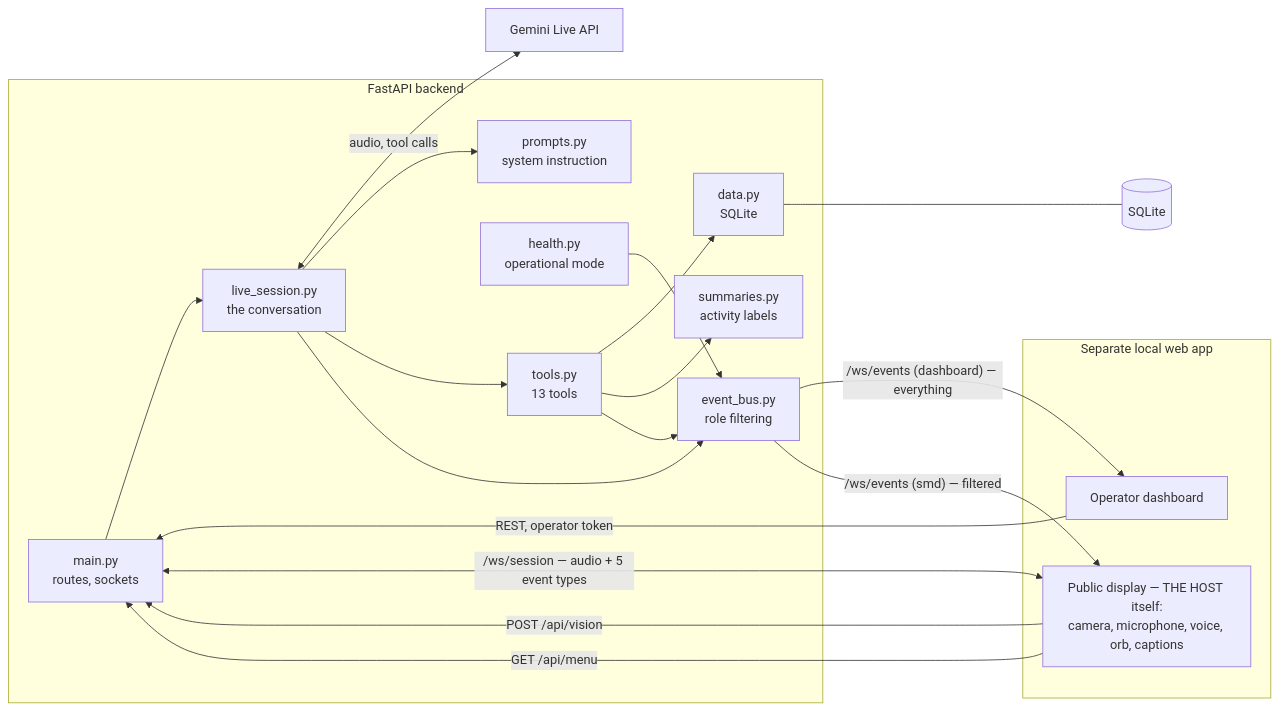
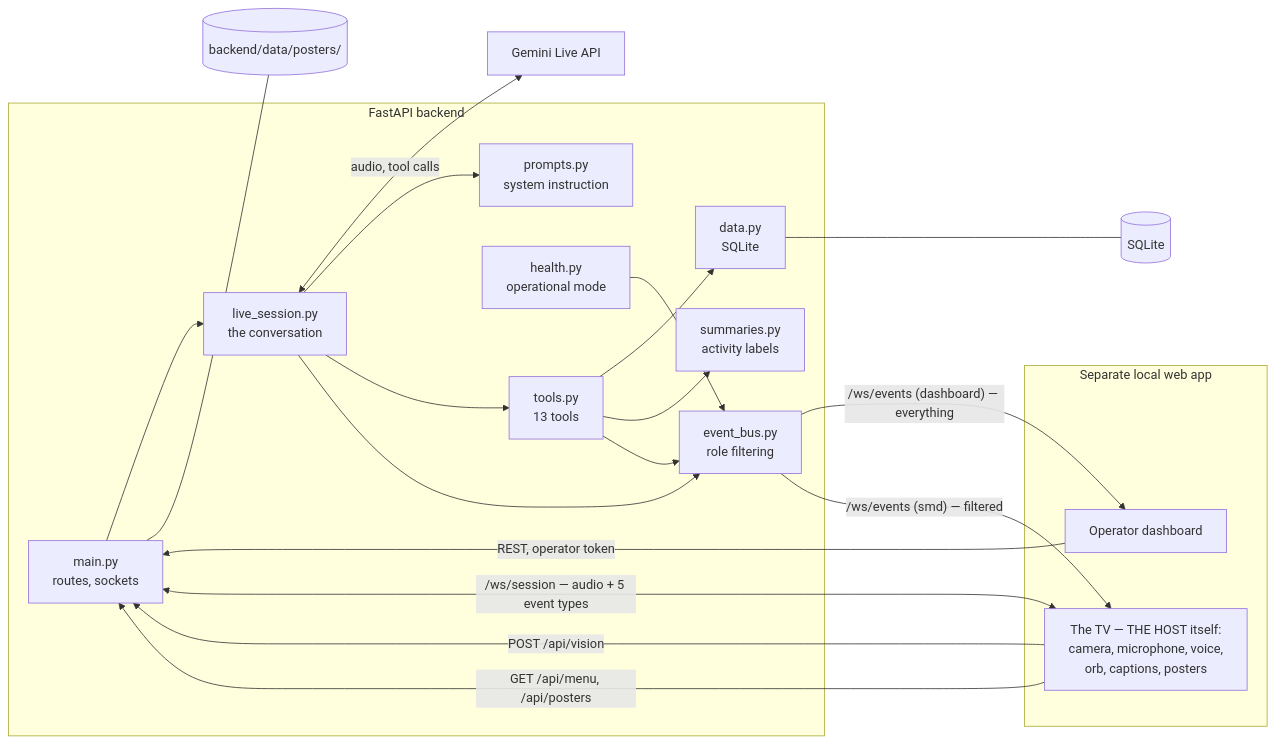
Before and after one commit to Rehman-ayoub333/The_Host: the diagram in README.md, drawn with Mermaid. The commit also changed other lines of this file and 3 other files, not shown here.

````diff
--- a/README.md
+++ b/README.md
@@ -49,38 +83,40 @@
 ```mermaid
 flowchart LR
     subgraph Backend["FastAPI backend"]
         MAIN["main.py<br/>routes, sockets"]
         LIVE["live_session.py<br/>the conversation"]
         TOOLS["tools.py<br/>13 tools"]
         BUS["event_bus.py<br/>role filtering"]
         DATA["data.py<br/>SQLite"]
         HEALTH["health.py<br/>operational mode"]
         SUM["summaries.py<br/>activity labels"]
         PROMPT["prompts.py<br/>system instruction"]
     end
 
     GEM["Gemini Live API"]
     DB[("SQLite")]
+    POST[("backend/data/posters/")]
 
     subgraph Screens["Separate local web app"]
         DASH["Operator dashboard"]
-        SMD["Public display — THE HOST itself:<br/>camera, microphone, voice, orb, captions"]
+        SMD["The TV — THE HOST itself:<br/>camera, microphone, voice,<br/>orb, captions, posters"]
     end
 
     SMD <-->|"/ws/session — audio + 5 event types"| MAIN
     SMD -->|"POST /api/vision"| MAIN
     MAIN --> LIVE
     LIVE <-->|audio, tool calls| GEM
     LIVE --> PROMPT
     LIVE --> TOOLS
     TOOLS --> DATA
     TOOLS --> SUM
     LIVE --> BUS
     TOOLS --> BUS
     HEALTH --> BUS
     DATA --- DB
+    MAIN --- POST
     BUS -->|"/ws/events (dashboard) — everything"| DASH
     BUS -->|"/ws/events (smd) — filtered"| SMD
     DASH -->|"REST, operator token"| MAIN
-    SMD -->|"GET /api/menu"| MAIN
+    SMD -->|"GET /api/menu, /api/posters"| MAIN
 ```
````
